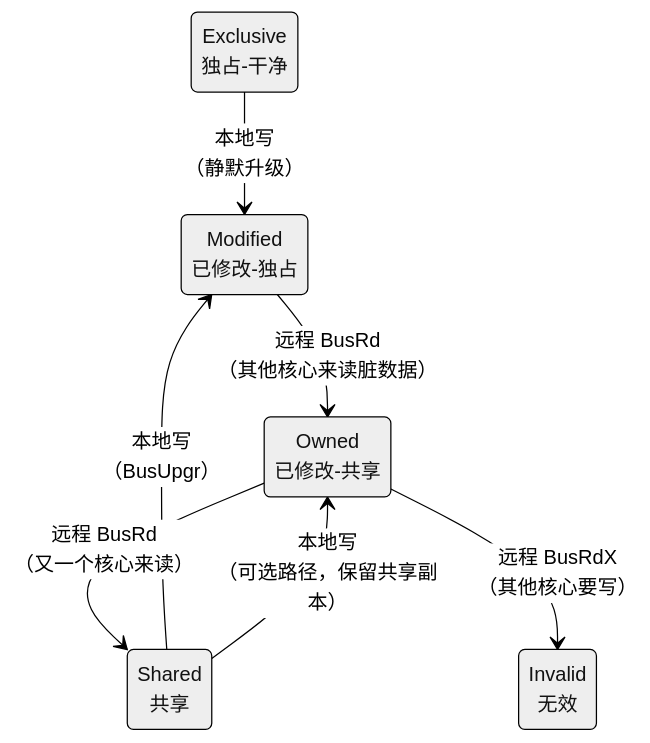
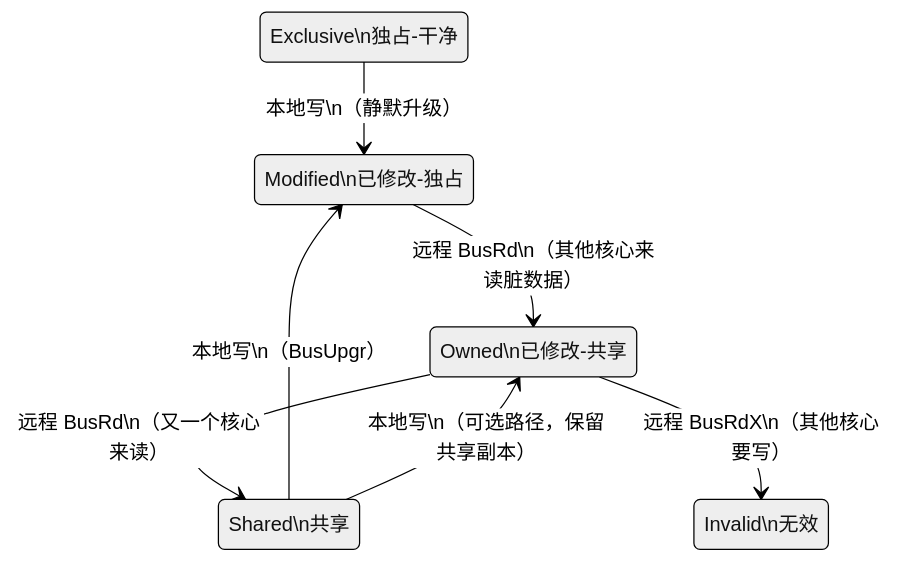
Before and after one commit to yaocat55/yaocat55.github.io: the tenth of 11 diagrams in content/posts/concurrency/MesiAndJmm.md, drawn with Mermaid (neutral theme). The commit also changed other lines of this file and 155 other files, not shown here.

````diff
--- a/content/posts/concurrency/MesiAndJmm.md
+++ b/content/posts/concurrency/MesiAndJmm.md
@@ -744,15 +758,15 @@
 ```mermaid
 stateDiagram-v2
-    M : Modified<br/>已修改-独占
-    O : Owned<br/>已修改-共享
-    E : Exclusive<br/>独占-干净
-    S : Shared<br/>共享
-    I : Invalid<br/>无效
+    M : Modified\n已修改-独占
+    O : Owned\n已修改-共享
+    E : Exclusive\n独占-干净
+    S : Shared\n共享
+    I : Invalid\n无效
 
-    M --> O : 远程 BusRd<br/>（其他核心来读脏数据）
-    O --> S : 远程 BusRd<br/>（又一个核心来读）
-    O --> I : 远程 BusRdX<br/>（其他核心要写）
-    E --> M : 本地写<br/>（静默升级）
-    S --> M : 本地写<br/>（BusUpgr）
-    S --> O : 本地写<br/>（可选路径，保留共享副本）
+    M --> O : 远程 BusRd\n（其他核心来读脏数据）
+    O --> S : 远程 BusRd\n（又一个核心来读）
+    O --> I : 远程 BusRdX\n（其他核心要写）
+    E --> M : 本地写\n（静默升级）
+    S --> M : 本地写\n（BusUpgr）
+    S --> O : 本地写\n（可选路径，保留共享副本）
 ```
````
